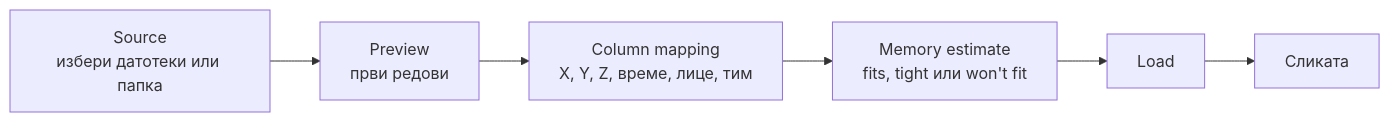
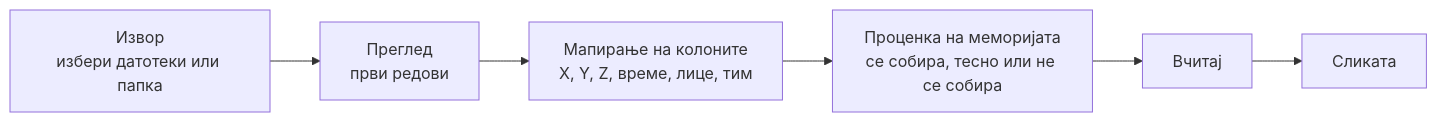
Before and after one commit to Holdi601/3DHeat: the diagram in docs/_mk/getting-data-in.md, drawn with Mermaid. The commit also changed other lines of this file and 593 other files, not shown here.

````diff
--- a/docs/_mk/getting-data-in.md
+++ b/docs/_mk/getting-data-in.md
@@ -23,8 +23,8 @@
 ```mermaid
 flowchart LR
-  A["Source<br/>избери датотеки или папка"] --> B["Preview<br/>први редови"]
-  B --> C["Column mapping<br/>X, Y, Z, време, лице, тим"]
-  C --> D["Memory estimate<br/>fits, tight или won't fit"]
-  D --> E["Load"]
+  A["Извор<br/>избери датотеки или папка"] --> B["Преглед<br/>први редови"]
+  B --> C["Мапирање на колоните<br/>X, Y, Z, време, лице, тим"]
+  C --> D["Проценка на меморијата<br/>се собира, тесно или не се собира"]
+  D --> E["Вчитај"]
   E --> F["Сликата"]
 ```
````
